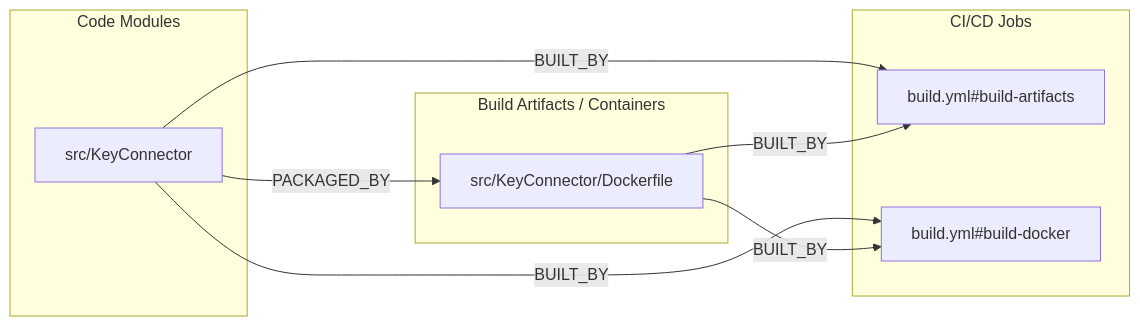
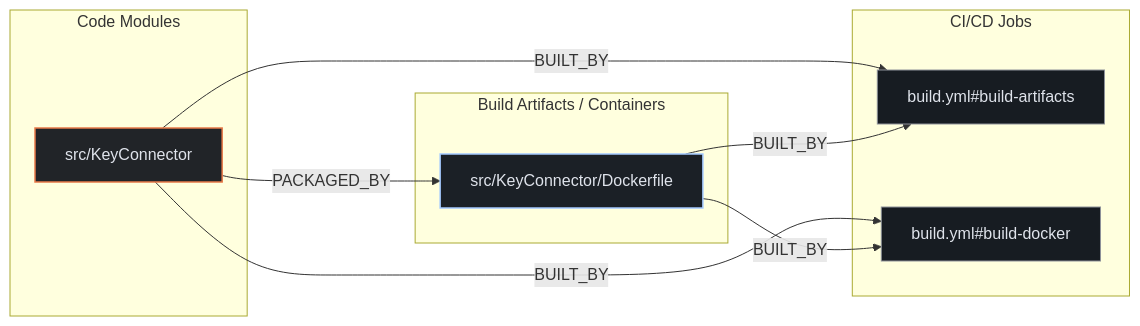
One commit to kumarshaz/atruss-code-atlas changed the second of 3 diagrams in exports/latest/reports/bitwarden-key-connector-report.md. Above: the diagram before and after it, drawn with Mermaid. The commit also changed other lines of this file and 331 other files, not shown here.

Commit message:
docs,ui,fix: update SDLC docs, reorder CI/CD DAG first, stylize Mermaid, and fix Arc42 pipeline topology

````diff
--- a/exports/latest/reports/bitwarden-key-connector-report.md
+++ b/exports/latest/reports/bitwarden-key-connector-report.md
@@ -188,18 +195,22 @@
 ```mermaid
 flowchart LR
+    classDef atlasCategory fill:#212428,stroke:#E87A48,stroke-width:1.5px,color:#dfe3eb
+    classDef atlasWorkflow fill:#1b2026,stroke:#a3c9ff,stroke-width:1.5px,color:#dfe3eb
+    classDef atlasJob fill:#171c22,stroke:#8d9199,stroke-width:1px,color:#dfe3eb
+    classDef atlasTarget fill:#005227,stroke:#8bd99b,stroke-width:1.5px,color:#a7f6b6
     subgraph code_modules["Code Modules"]
-        mod_src_KeyConnector["src/KeyConnector"]
+        mod_src_KeyConnector["src/KeyConnector"]:::atlasCategory
     end
     subgraph build_artifacts["Build Artifacts / Containers"]
-        art_src_KeyConnector_Dockerfile["src/KeyConnector/Dockerfile"]
+        art_src_KeyConnector_Dockerfile["src/KeyConnector/Dockerfile"]:::atlasWorkflow
     end
     subgraph ci_jobs["CI/CD Jobs"]
-        job_build_yml_build_artifacts["build.yml#build-artifacts"]
-        job_build_yml_build_docker["build.yml#build-docker"]
+        job_build_yml_build_artifacts["build.yml#build-artifacts"]:::atlasJob
+        job_build_yml_build_docker["build.yml#build-docker"]:::atlasJob
     end
     mod_src_KeyConnector -->|BUILT_BY| job_build_yml_build_artifacts
     mod_src_KeyConnector -->|BUILT_BY| job_build_yml_build_docker
     mod_src_KeyConnector -->|PACKAGED_BY| art_src_KeyConnector_Dockerfile
     art_src_KeyConnector_Dockerfile -->|BUILT_BY| job_build_yml_build_artifacts
     art_src_KeyConnector_Dockerfile -->|BUILT_BY| job_build_yml_build_docker
 ```
````
